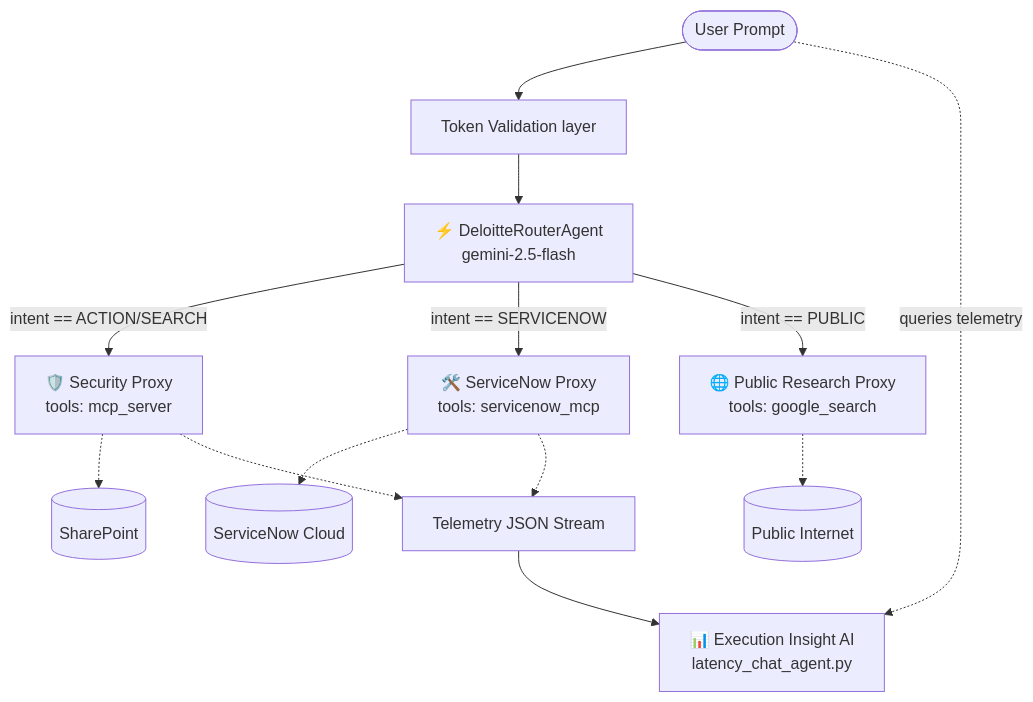
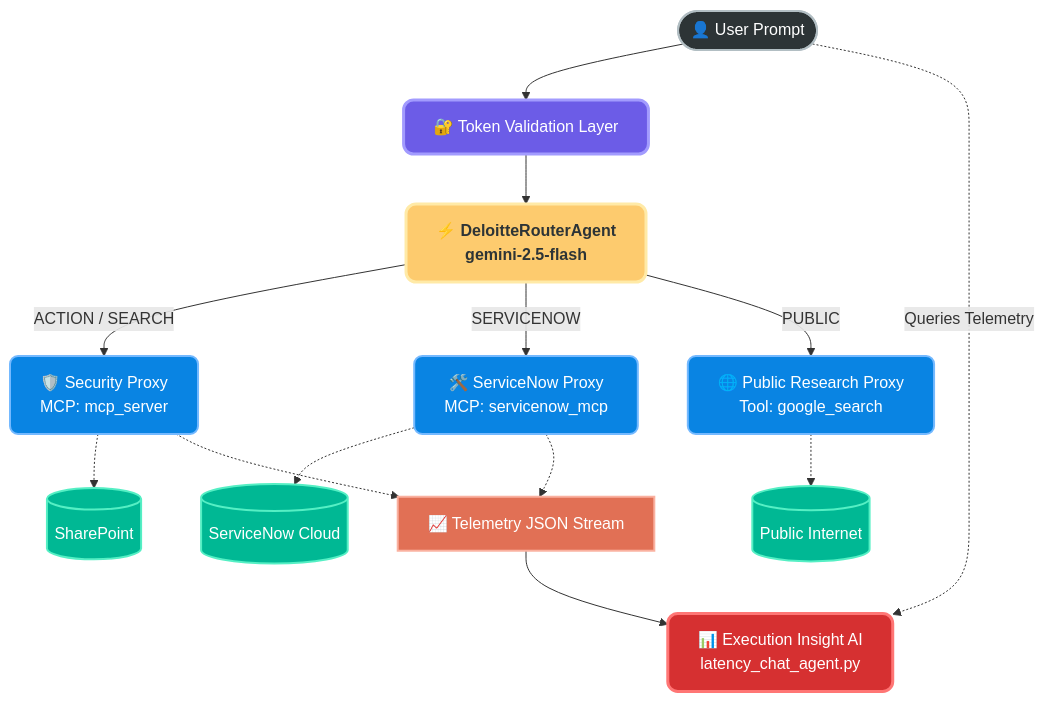
The diagram in antigravity/internal_components_portal/backend/agents/README.md (jchavezar/vertex-ai-samples), drawn with Mermaid before and after one commit. The commit also changed other lines of this file, not shown here.

Commit message:
docs: stunning mermaid styling and stable navigation grid

````diff
--- a/antigravity/internal_components_portal/backend/agents/README.md
+++ b/antigravity/internal_components_portal/backend/agents/README.md
@@ -26,30 +26,32 @@
 ```mermaid
 graph TD
-    User([User Prompt]) --> Auth[Token Validation layer]
-    Auth --> Router[⚡ DeloitteRouterAgent \n gemini-2.5-flash]
+    %% Styling Definitions
+    classDef user fill:#2d3436,stroke:#b2bec3,stroke-width:2px,color:#fff,rx:15,ry:15;
+    classDef auth fill:#6c5ce7,stroke:#a29bfe,stroke-width:3px,color:#fff,rx:10,ry:10;
+    classDef router fill:#fdcb6e,stroke:#ffeaa7,stroke-width:3px,color:#2d3436,rx:10,ry:10,font-weight:bold;
+    classDef proxy fill:#0984e3,stroke:#74b9ff,stroke-width:2px,color:#fff,rx:8,ry:8;
+    classDef db fill:#00b894,stroke:#55efc4,stroke-width:2px,color:#fff,shape:cylinder;
+    classDef telemetry fill:#e17055,stroke:#fab1a0,stroke-width:2px,color:#fff;
+    classDef insight fill:#d63031,stroke:#ff7675,stroke-width:3px,color:#fff,rx:10,ry:10;
+
+    User([👤 User Prompt]):::user --> Auth[🔐 Token Validation Layer]:::auth
+    Auth --> Router[⚡ DeloitteRouterAgent \n gemini-2.5-flash]:::router
     
     %% Intent Detection
-    Router -- "intent == ACTION/SEARCH" --> SecurityProxy[🛡️ Security Proxy \ntools: mcp_server]
-    Router -- "intent == SERVICENOW" --> ServiceNowProxy[🛠️ ServiceNow Proxy \ntools: servicenow_mcp]
-    Router -- "intent == PUBLIC" --> PublicProxy[🌐 Public Research Proxy \ntools: google_search]
+    Router -- "ACTION / SEARCH" --> SecurityProxy[🛡️ Security Proxy \n MCP: mcp_server]:::proxy
+    Router -- "SERVICENOW" --> ServiceNowProxy[🛠️ ServiceNow Proxy \n MCP: servicenow_mcp]:::proxy
+    Router -- "PUBLIC" --> PublicProxy[🌐 Public Research Proxy \n Tool: google_search]:::proxy
 
     %% Deep Dives
-    SecurityProxy -.-> SharePoint[(SharePoint)]
-    ServiceNowProxy -.-> SNSystem[(ServiceNow Cloud)]
-    PublicProxy -.-> Web[(Public Internet)]
+    SecurityProxy -.-> SharePoint[(SharePoint)]:::db
+    ServiceNowProxy -.-> SNSystem[(ServiceNow Cloud)]:::db
+    PublicProxy -.-> Web[(Public Internet)]:::db
 
     %% Observability
-    SecurityProxy -.-> TelemetryLog[Telemetry JSON Stream]
+    SecurityProxy -.-> TelemetryLog[📈 Telemetry JSON Stream]:::telemetry
     ServiceNowProxy -.-> TelemetryLog
-
+    
     %% Post Analysis
-    TelemetryLog --> AnalyticsAgent[📊 Execution Insight AI \n latency_chat_agent.py]
-    User -. queries telemetry .-> AnalyticsAgent
-
-    %% Clickable Links
-    click Router "docs/router.md" "Intent Router Documentation"
-    click SecurityProxy "docs/security_proxy.md" "Security Proxy Details"
-    click ServiceNowProxy "docs/servicenow_proxy.md" "ServiceNow Agent Info"
-    click PublicProxy "docs/public_research.md" "Public Intelligence Proxy"
-    click AnalyticsAgent "docs/analytics_agents.md" "Latency & Analytics Engine"
+    TelemetryLog --> AnalyticsAgent[📊 Execution Insight AI \n latency_chat_agent.py]:::insight
+    User -. "Queries Telemetry" .-> AnalyticsAgent
 ```
````
